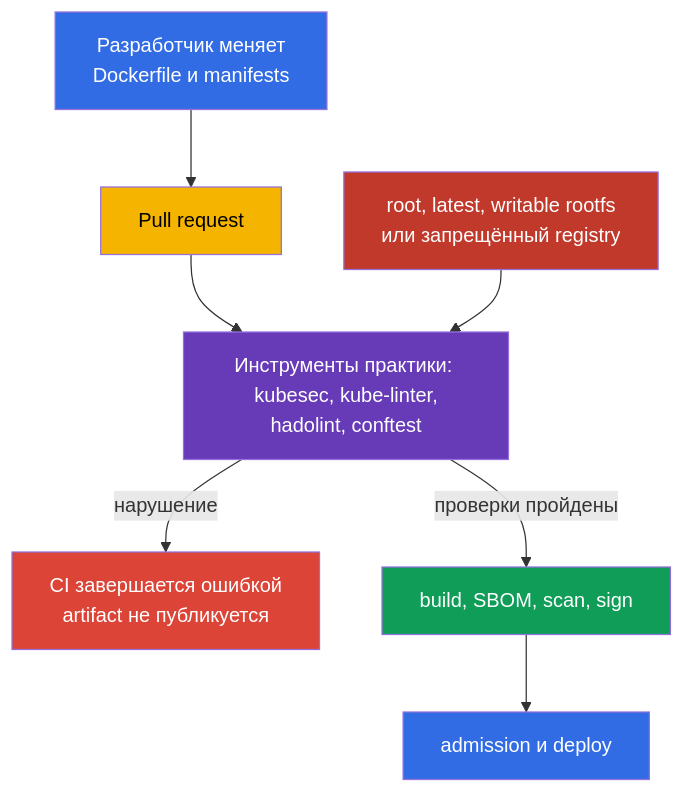
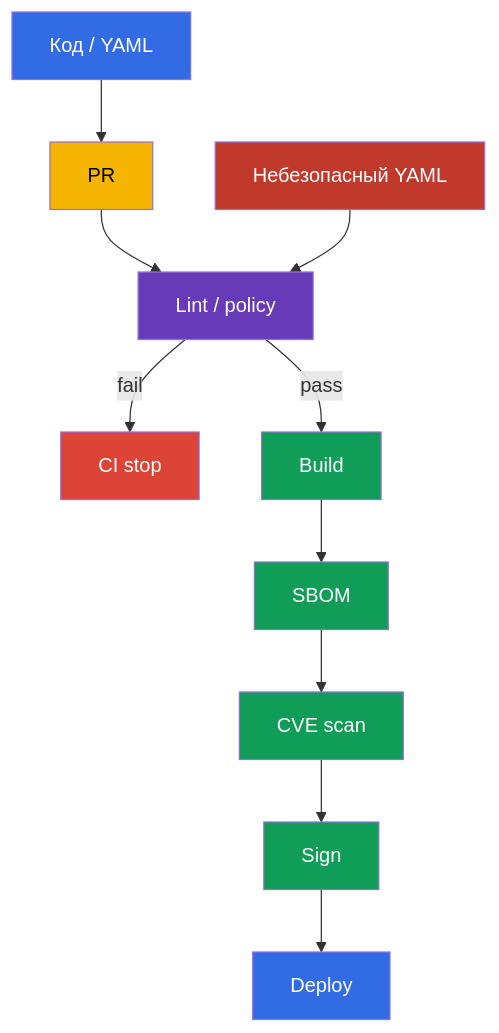
The first of 2 diagrams in tasks/cks/course/27/ru.md (ViktorUJ/cks), drawn with Mermaid before and after one commit. The commit also changed other lines of this file and 19 other files, not shown here.

````diff
--- a/tasks/cks/course/27/ru.md
+++ b/tasks/cks/course/27/ru.md
@@ -23,16 +23,22 @@
 ```mermaid
 flowchart TB
-    dev["Разработчик меняет<br/>Dockerfile и manifests"] --> pr["Pull request"]
-    pr --> lint["Инструменты практики: kubesec, kube-linter,<br/>hadolint, conftest"]
-    lint -->|"нарушение"| block["CI завершается ошибкой<br/>artifact не публикуется"]
-    lint -->|"проверки пройдены"| build["build, SBOM, scan, sign"]
-    build --> deploy["admission и deploy"]
-    bad["root, latest, writable rootfs<br/>или запрещённый registry"] --> lint
-    style dev fill:#326ce5,color:#fff
+    source["Код / YAML"] --> pr["PR"]
+    pr --> checks["Lint / policy"]
+    risk["Небезопасный YAML"] --> checks
+    checks -->|"fail"| stop["CI stop"]
+    checks -->|"pass"| build["Build"]
+    build --> sbom["SBOM"]
+    sbom --> scan["CVE scan"]
+    scan --> sign["Sign"]
+    sign --> deploy["Deploy"]
+    style source fill:#326ce5,color:#fff
     style pr fill:#f4b400,color:#000
-    style lint fill:#673ab7,color:#fff
-    style block fill:#db4437,color:#fff
+    style checks fill:#673ab7,color:#fff
+    style stop fill:#db4437,color:#fff
     style build fill:#0f9d58,color:#fff
+    style sbom fill:#0f9d58,color:#fff
+    style scan fill:#0f9d58,color:#fff
+    style sign fill:#0f9d58,color:#fff
     style deploy fill:#326ce5,color:#fff
-    style bad fill:#c0392b,color:#fff
+    style risk fill:#c0392b,color:#fff
 ```
````
